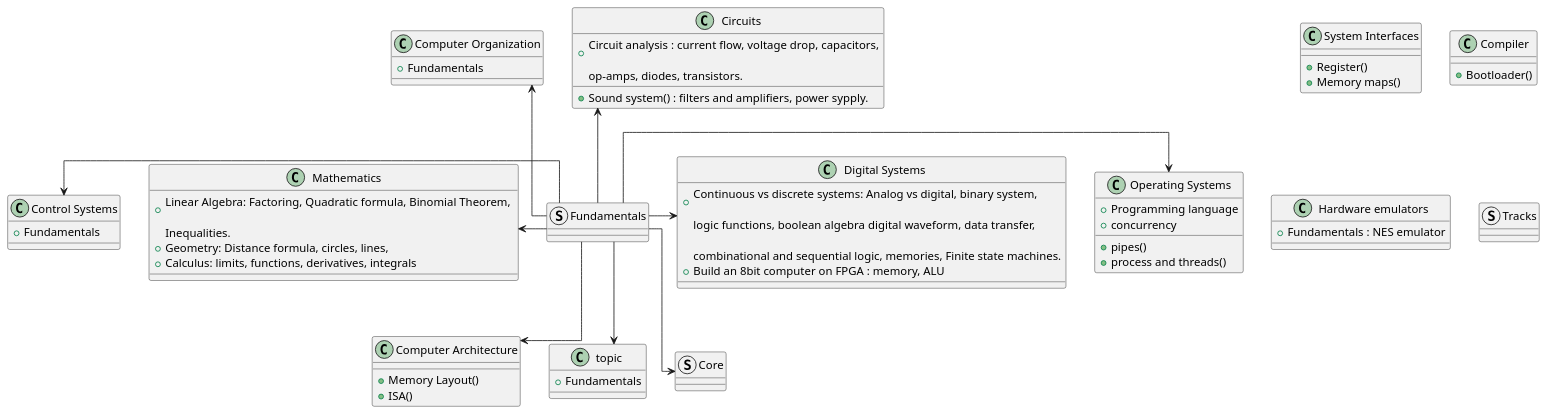
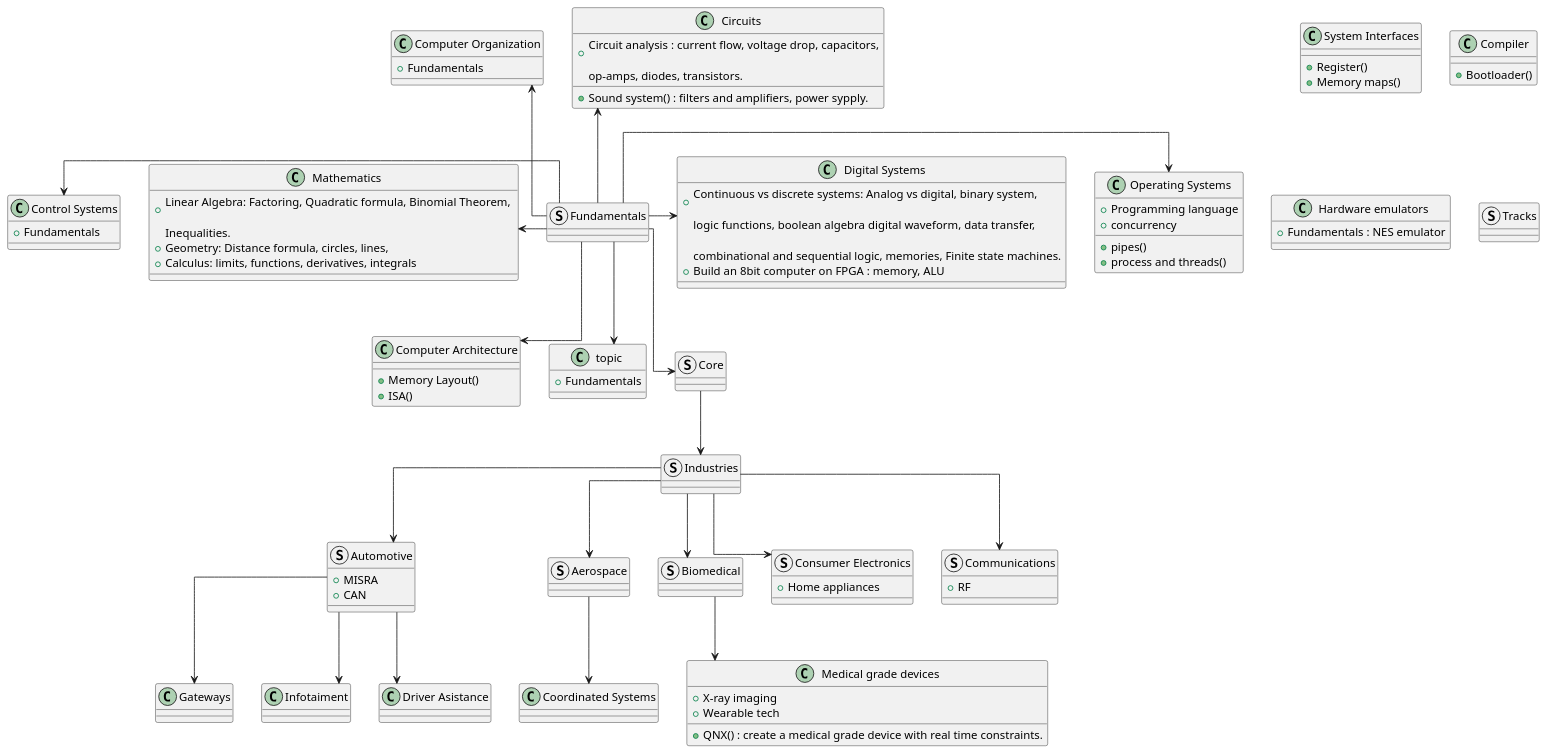
One commit to Killerpug/Embedded-Developer-Roadmap changed the diagram in src/roadmap_overview.md. Above: the diagram before and after it, drawn with PlantUML. The commit also changed 5 other files, not shown here.

````diff
--- a/src/roadmap_overview.md
+++ b/src/roadmap_overview.md
@@ -95,5 +95,74 @@
 }
 
 
+
+struct Industries {
+
+}
+
+
+
+struct Automotive {
+  + MISRA
+  + CAN
+}
+
+
+
+
+class "Gateways" as gateways{
+
+}
+class "Infotaiment" as infotaiment{
+
+}
+class "Driver Asistance" as driver_assistance{
+
+}
+
+struct Aerospace {
+   
+}
+
+
+
+class "Coordinated Systems" as coordinated_systems{
+
+}
+
+struct Biomedical {
+   
+}
+
+
+
+class "Medical grade devices" as medical_devices {
+   + X-ray imaging
+   + Wearable tech
+   + QNX() : create a medical grade device with real time constraints.
+}
+
+
+
+struct "Consumer Electronics" as Consumer_Electronics {
+   + Home appliances
+}
+
+struct Communications {
+   + RF
+}
+
+Core --> Industries
+Industries --> Automotive
+Industries --> Aerospace
+Industries --> Biomedical
+Industries --> Consumer_Electronics
+Industries --> Communications
+Aerospace --> coordinated_systems
+Automotive --> gateways
+Automotive --> infotaiment
+Automotive --> driver_assistance
+Biomedical --> medical_devices
+
 @enduml
 ```
````
